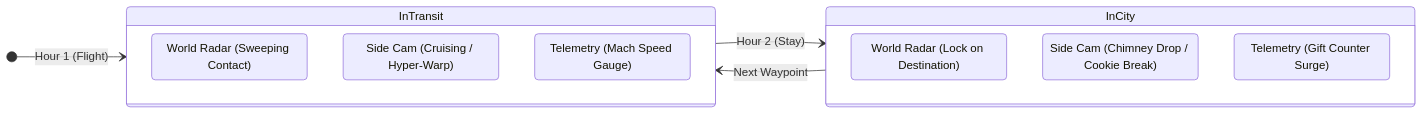
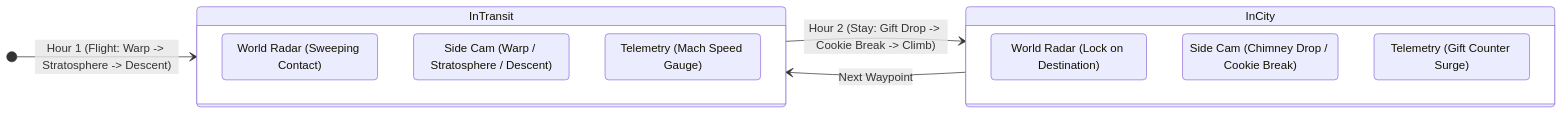
One commit to frogermcs/santa-tracker changed the diagram in docs/ROADMAP.md. Above: the diagram before and after it, drawn with Mermaid. The commit also changed other lines of this file and 8 other files, not shown here.

Commit message:
docs(roadmap): overhaul roadmap with web flasher, improv wifi, dual mode, and AI-native SDLC artifact chain (#11)

````diff
--- a/docs/ROADMAP.md
+++ b/docs/ROADMAP.md
@@ -16,19 +17,19 @@
 ```mermaid
 stateDiagram-v2
     direction LR
-    [*] --> InTransit: Hour 1 (Flight)
-    InTransit --> InCity: Hour 2 (Stay)
+    [*] --> InTransit: Hour 1 (Flight: Warp -> Stratosphere -> Descent)
+    InTransit --> InCity: Hour 2 (Stay: Gift Drop -> Cookie Break -> Climb)
     InCity --> InTransit: Next Waypoint
 
     state InTransit {
         Radar1: World Radar (Sweeping Contact)
-        Cam1: Side Cam (Cruising / Hyper-Warp)
+        Cam1: Side Cam (Warp / Stratosphere / Descent)
         Dash1: Telemetry (Mach Speed Gauge)
     }
 
     state InCity {
         Radar2: World Radar (Lock on Destination)
         Cam2: Side Cam (Chimney Drop / Cookie Break)
         Dash2: Telemetry (Gift Counter Surge)
     }
 ```
````
